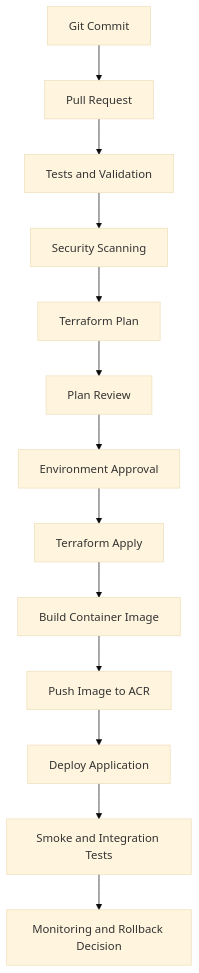
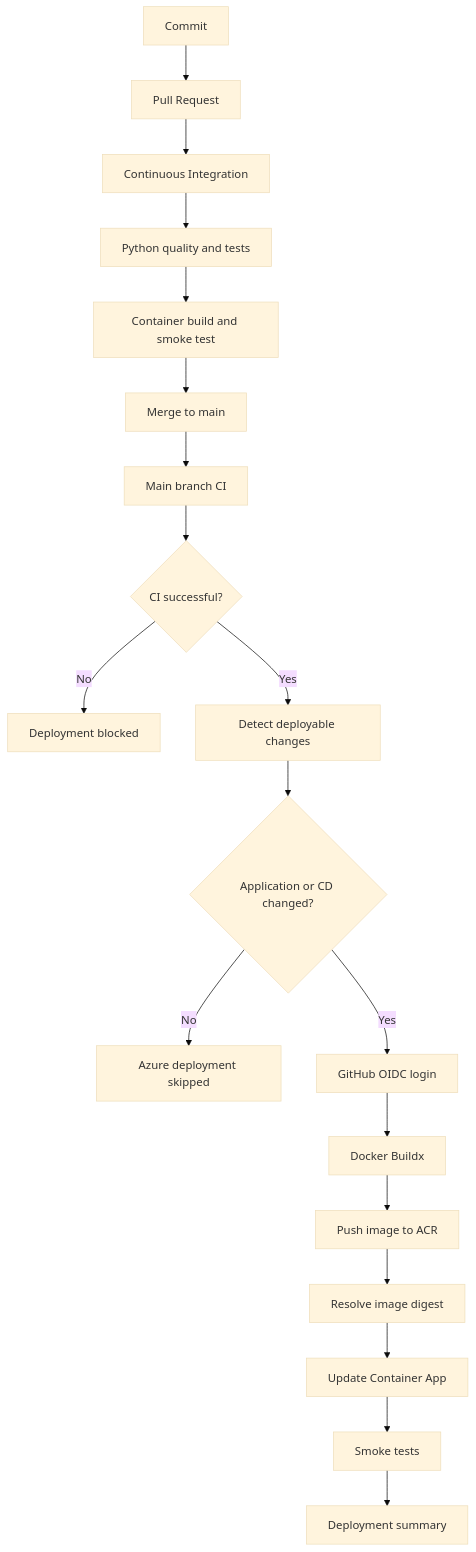
Before and after one commit to Morgein/azure-enterprise-platform-lab: the third of 3 diagrams in README.md, drawn with Mermaid (base theme). The commit also changed other lines of this file and 4 other files, not shown here.

Commit message:
docs: add continuous deployment evidence and update roadmap (#21)

````diff
--- a/README.md
+++ b/README.md
@@ -463,15 +307,26 @@
 ```mermaid
 flowchart TD
-    Commit["Git Commit"] --> PR["Pull Request"]
-    PR --> Validate["Tests and Validation"]
-    Validate --> Scan["Security Scanning"]
-    Scan --> Plan["Terraform Plan"]
-    Plan --> Review["Plan Review"]
-    Review --> Approval["Environment Approval"]
-    Approval --> Apply["Terraform Apply"]
-    Apply --> Build["Build Container Image"]
-    Build --> ACR["Push Image to ACR"]
-    ACR --> Deploy["Deploy Application"]
-    Deploy --> Verify["Smoke and Integration Tests"]
-    Verify --> Observe["Monitoring and Rollback Decision"]
+    Commit["Commit"] --> PR["Pull Request"]
+    PR --> CI["Continuous Integration"]
+
+    CI --> Python["Python quality and tests"]
+    Python --> Container["Container build and smoke test"]
+    Container --> Merge["Merge to main"]
+
+    Merge --> MainCI["Main branch CI"]
+    MainCI --> Gate{"CI successful?"}
+
+    Gate -->|No| Block["Deployment blocked"]
+    Gate -->|Yes| Detect["Detect deployable changes"]
+
+    Detect --> Change{"Application or CD changed?"}
+    Change -->|No| Skip["Azure deployment skipped"]
+    Change -->|Yes| OIDC["GitHub OIDC login"]
+
+    OIDC --> Build["Docker Buildx"]
+    Build --> ACR["Push image to ACR"]
+    ACR --> Digest["Resolve image digest"]
+    Digest --> Deploy["Update Container App"]
+    Deploy --> Smoke["Smoke tests"]
+    Smoke --> Summary["Deployment summary"]
 ```
````
